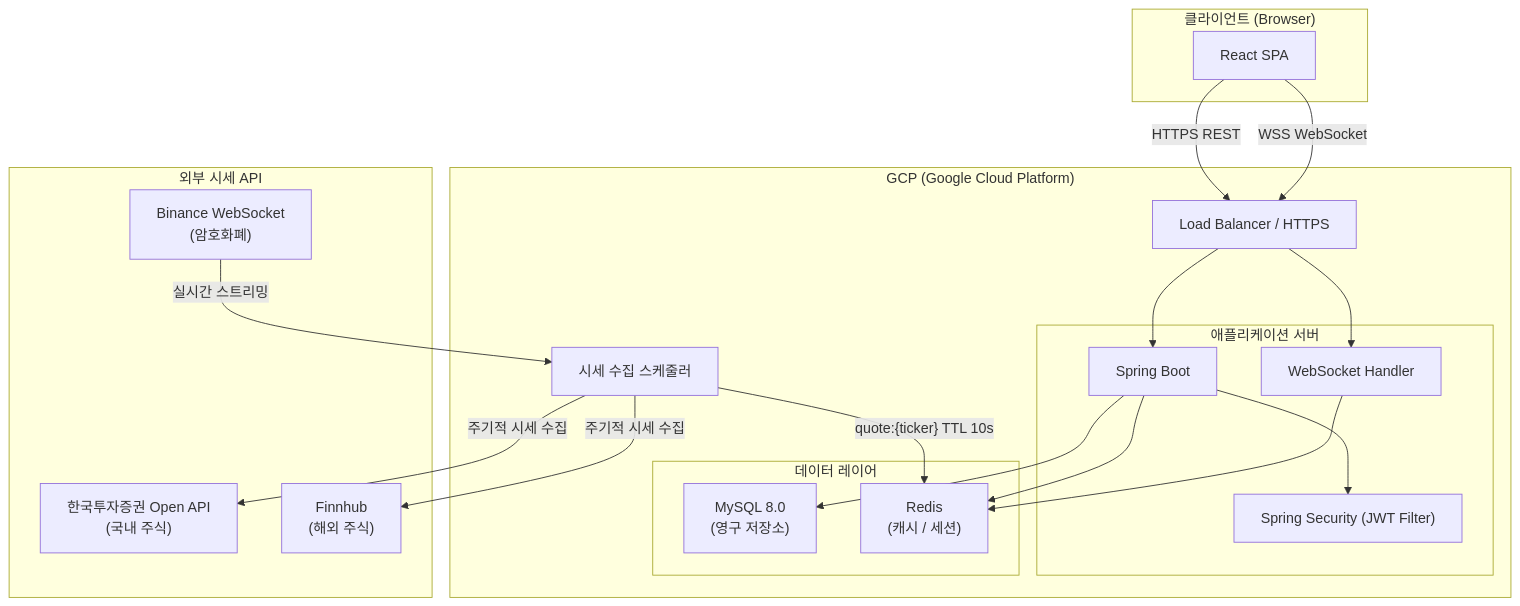
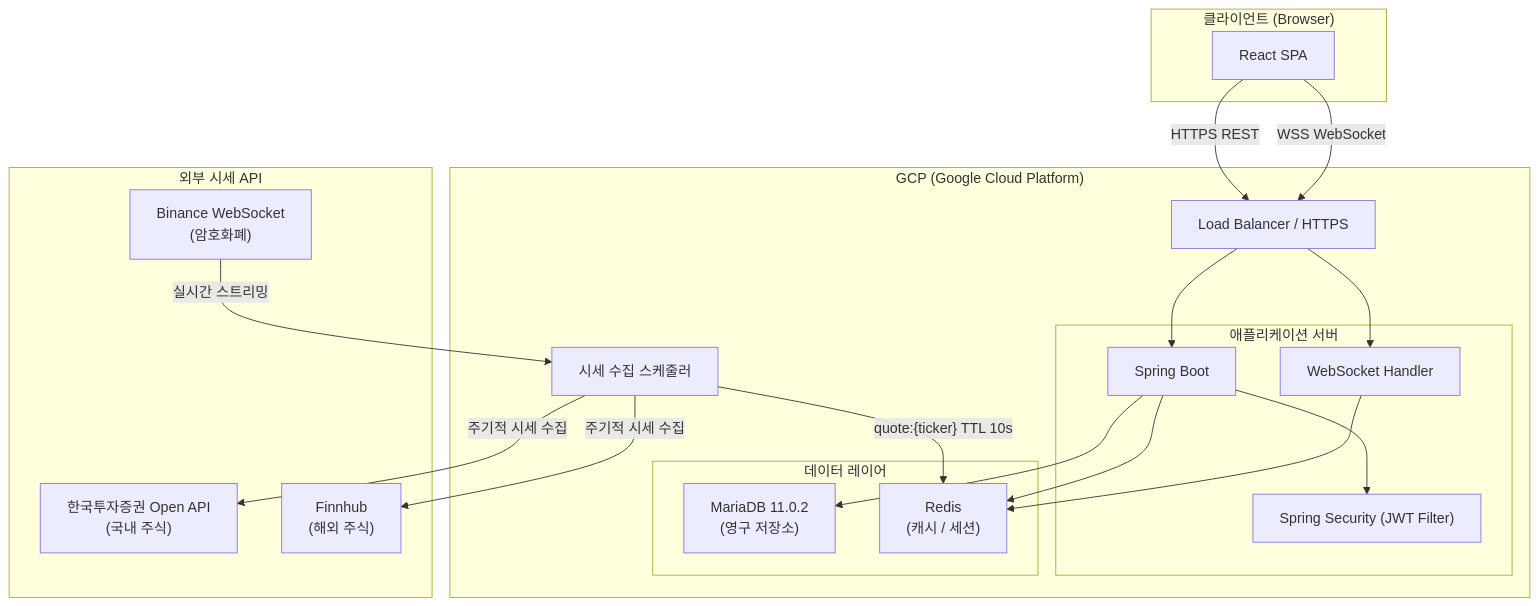
One commit to emssme/stockFolio changed the first of 4 diagrams in docs/시스템아키텍처.md. Above: the diagram before and after it, drawn with Mermaid. The commit also changed other lines of this file and 7 other files, not shown here.

````diff
--- a/docs/시스템아키텍처.md
+++ b/docs/시스템아키텍처.md
@@ -21,43 +21,43 @@
 ```mermaid
 graph TB
     subgraph Client["클라이언트 (Browser)"]
         React["React SPA"]
     end
 
     subgraph GCP["GCP (Google Cloud Platform)"]
         LB["Load Balancer / HTTPS"]
 
         subgraph AppServer["애플리케이션 서버"]
             SpringBoot["Spring Boot"]
             SpringSecurity["Spring Security (JWT Filter)"]
             WebSocketServer["WebSocket Handler"]
         end
 
         subgraph DataLayer["데이터 레이어"]
-            MySQL["MySQL 8.0\n(영구 저장소)"]
+            MySQL["MariaDB 11.0.2\n(영구 저장소)"]
             Redis["Redis\n(캐시 / 세션)"]
         end
 
         Scheduler["시세 수집 스케줄러"]
     end
 
     subgraph ExternalAPI["외부 시세 API"]
         KIS["한국투자증권 Open API\n(국내 주식)"]
         Finnhub["Finnhub\n(해외 주식)"]
         Binance["Binance WebSocket\n(암호화폐)"]
     end
 
     React -- "HTTPS REST" --> LB
     React -- "WSS WebSocket" --> LB
     LB --> SpringBoot
     LB --> WebSocketServer
     SpringBoot --> SpringSecurity
     SpringBoot --> MySQL
     SpringBoot --> Redis
     WebSocketServer --> Redis
 
     Scheduler -- "주기적 시세 수집" --> KIS
     Scheduler -- "주기적 시세 수집" --> Finnhub
     Binance -- "실시간 스트리밍" --> Scheduler
     Scheduler -- "quote:{ticker} TTL 10s" --> Redis
 ```
````
